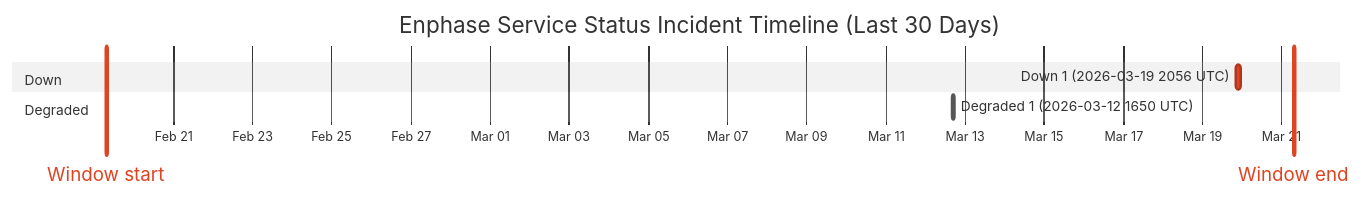
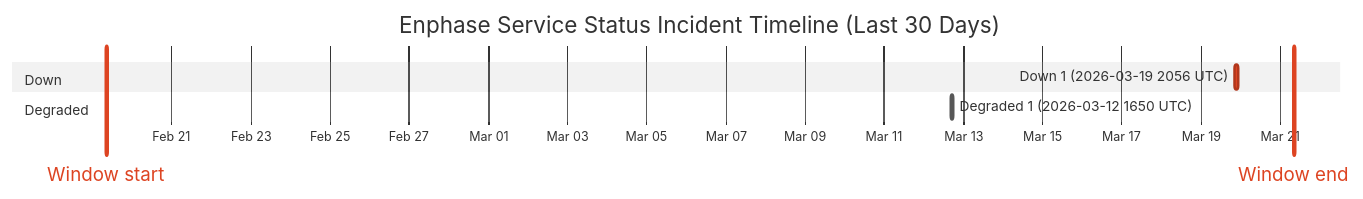
Before and after one commit to barneyonline/ha-enphase-ev-charger: the diagram in wiki/Service-Status-History.md, drawn with Mermaid (neutral theme). The commit also changed other lines of this file and 3 other files, not shown here.

````diff
--- a/wiki/Service-Status-History.md
+++ b/wiki/Service-Status-History.md
@@ -14,12 +14,12 @@
 ```mermaid
 gantt
     title Enphase Service Status Incident Timeline (Last 30 Days)
     dateFormat  YYYY-MM-DDTHH:mm:ss
     axisFormat  %b %d
-    Window start :vert, window-start, 2026-02-19T07:27:04, 0ms
-    Window end :vert, window-end, 2026-03-21T07:27:04, 0ms
+    Window start :vert, window-start, 2026-02-19T08:21:08, 0ms
+    Window end :vert, window-end, 2026-03-21T08:21:08, 0ms
     section Down
     Down 1 (2026-03-19 2056 UTC) :crit, down-1, 2026-03-19T20:56:20, 145m
     section Degraded
     Degraded 1 (2026-03-12 1650 UTC) :active, degraded-1, 2026-03-12T16:50:43, 60m
 ```
````
